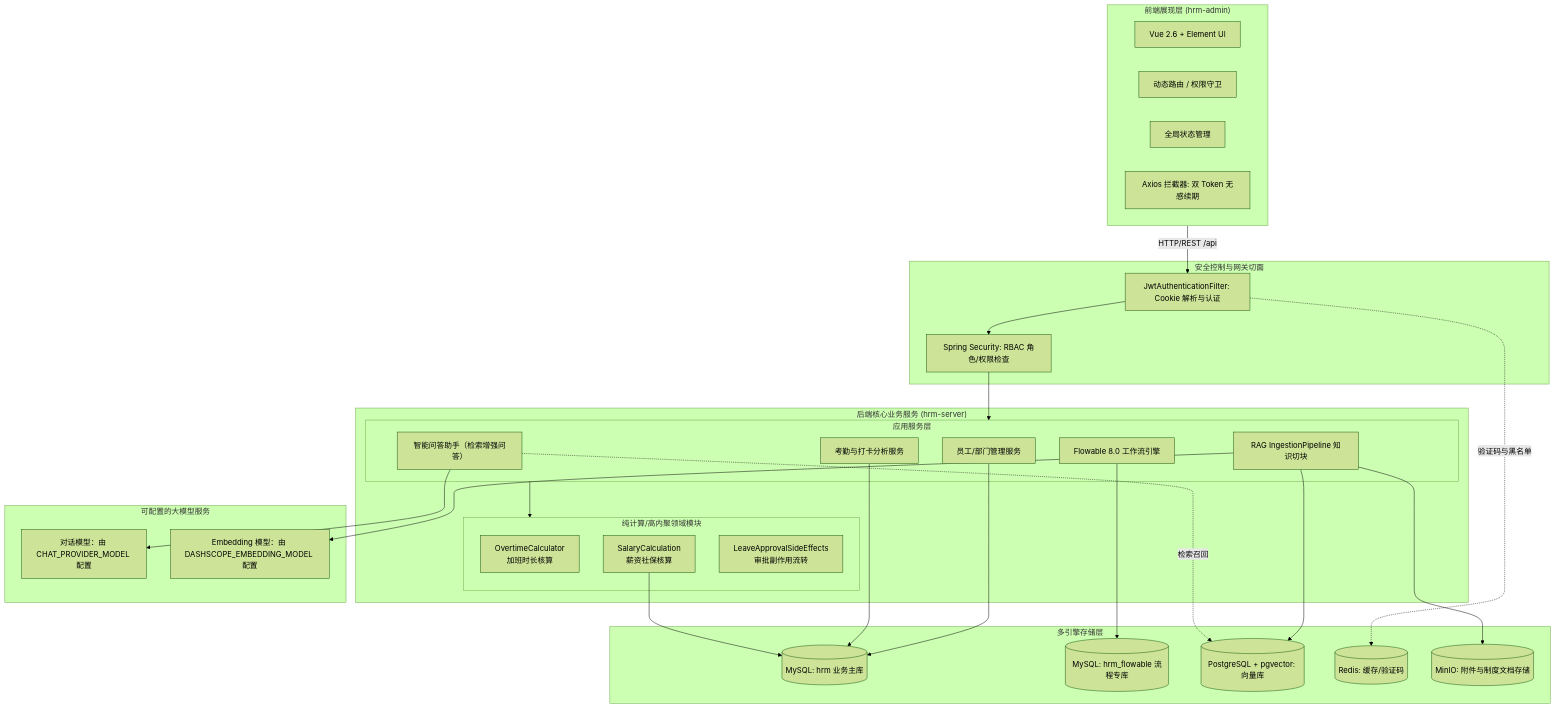
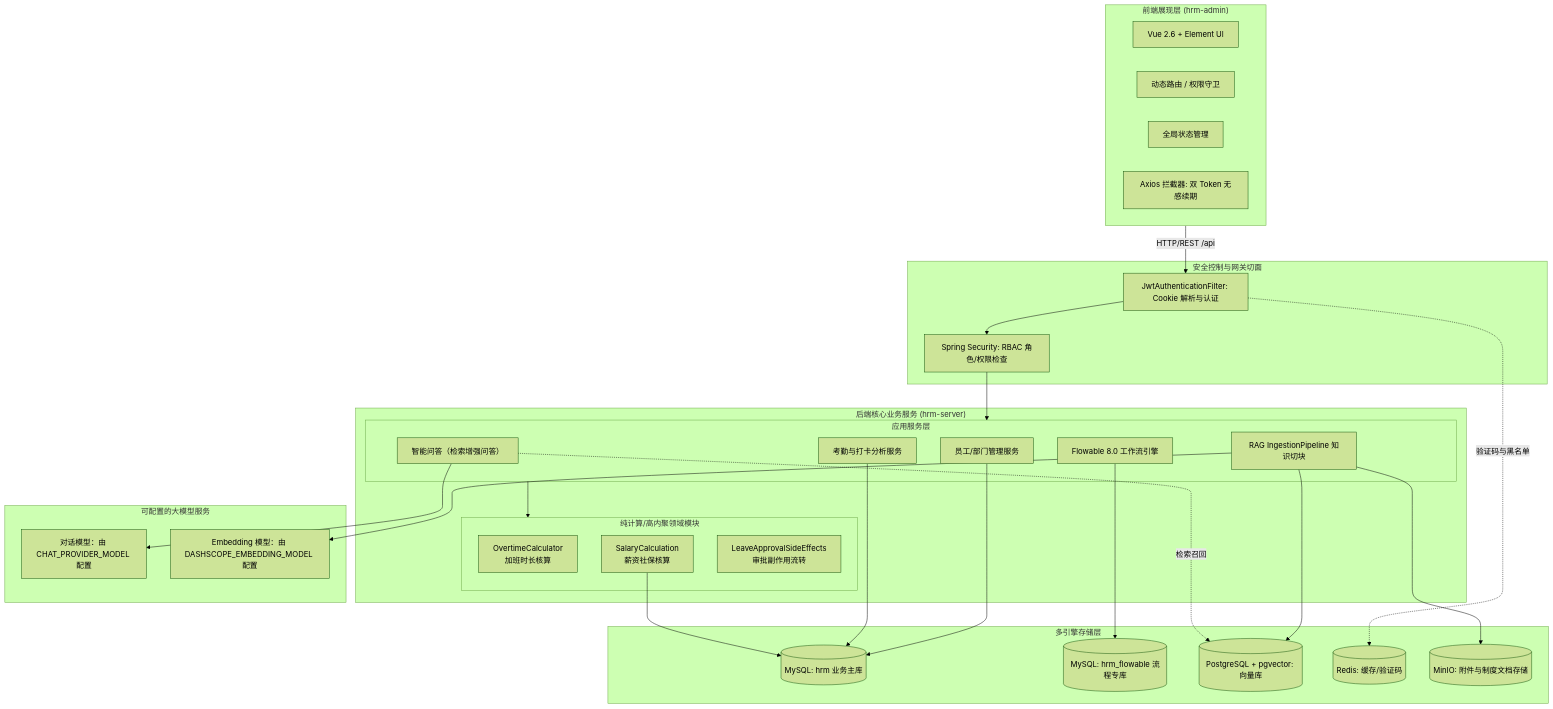
The second of 2 diagrams in README.md (quuuuj/hrm), drawn with Mermaid (forest theme) before and after one commit. The commit also changed other lines of this file and 17 other files, not shown here.

Commit message:
docs(readme): 同步智能问答与知识库合并后的功能描述与截图

````diff
--- a/README.md
+++ b/README.md
@@ -141,62 +141,62 @@
 ```mermaid
 graph TB
     subgraph Client["前端展现层 (hrm-admin)"]
         UI[Vue 2.6 + Element UI]
         Router[动态路由 / 权限守卫]
         Vuex[全局状态管理]
         AxiosInter[Axios 拦截器: 双 Token 无感续期]
     end
 
     subgraph Security["安全控制与网关切面"]
         Filter[JwtAuthenticationFilter: Cookie 解析与认证]
         PermChecker[Spring Security: RBAC 角色/权限检查]
     end
 
     subgraph CoreBackend["后端核心业务服务 (hrm-server)"]
         subgraph Domains["纯计算/高内聚领域模块"]
             Overtime[OvertimeCalculator<br/>加班时长核算]
             Salary[SalaryCalculation<br/>薪资社保核算]
             LeaveSide[LeaveApprovalSideEffects<br/>审批副作用流转]
         end
 
         subgraph Modules["应用服务层"]
             StaffSvc[员工/部门管理服务]
             AttendanceSvc[考勤与打卡分析服务]
             FlowEngine[Flowable 8.0 工作流引擎]
             KnowledgeSvc[RAG IngestionPipeline 知识切块]
-            AiAssistantSvc[智能问答助手（检索增强问答）]
+            AiAssistantSvc[智能问答（检索增强问答）]
         end
     end
 
     subgraph ExternalModel["可配置的大模型服务"]
         LLM[对话模型：由 CHAT_PROVIDER_MODEL 配置]
         Embed[Embedding 模型：由 DASHSCOPE_EMBEDDING_MODEL 配置]
     end
 
     subgraph Persistence["多引擎存储层"]
         DB_Master[(MySQL: hrm 业务主库)]
         DB_Flowable[(MySQL: hrm_flowable 流程专库)]
         DB_Vector[(PostgreSQL + pgvector: 向量库)]
         Cache_Redis[(Redis: 缓存/验证码)]
         Storage_MinIO[(MinIO: 附件与制度文档存储)]
     end
 
     Client -->|HTTP/REST /api| Filter
     Filter --> PermChecker
     PermChecker --> Modules
     Modules --> Domains
 
     StaffSvc --> DB_Master
     AttendanceSvc --> DB_Master
     Salary --> DB_Master
     FlowEngine --> DB_Flowable
     
     KnowledgeSvc --> Storage_MinIO
     KnowledgeSvc --> Embed
     KnowledgeSvc --> DB_Vector
 
     AiAssistantSvc --> LLM
     AiAssistantSvc -.检索召回.-> DB_Vector
 
     Filter -.验证码与黑名单.-> Cache_Redis
 ```
````
